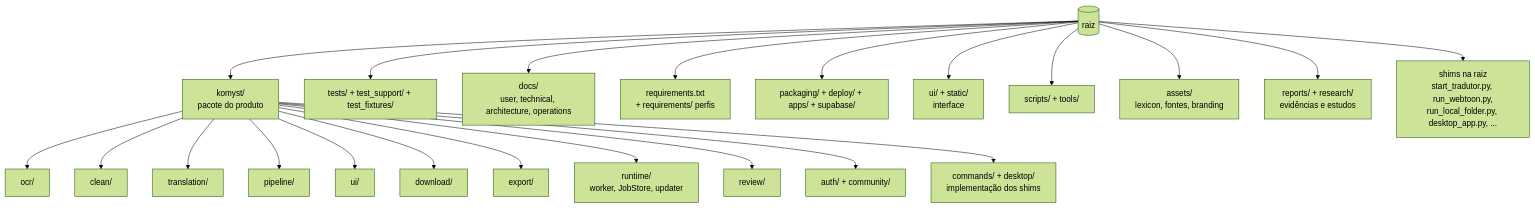
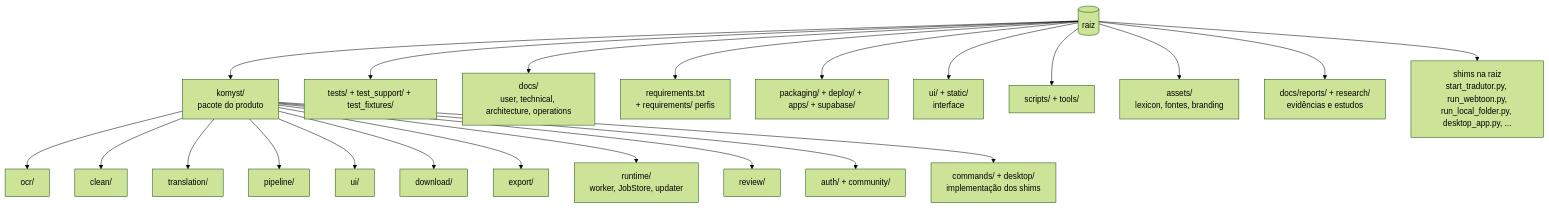
Before and after one commit to HenriquePvAr/Yomu-Sekai: the diagram in docs/architecture/REPOSITORY_STRUCTURE.md, drawn with Mermaid (forest theme). The commit also changed other lines of this file and 25 other files, not shown here.

````diff
--- a/docs/architecture/REPOSITORY_STRUCTURE.md
+++ b/docs/architecture/REPOSITORY_STRUCTURE.md
@@ -13,15 +13,15 @@
 ```mermaid
 flowchart TD
     R[(raiz)] --> Y[komyst/<br/>pacote do produto]
     R --> T[tests/ + test_support/ + test_fixtures/]
     R --> D[docs/<br/>user, technical, architecture, operations]
     R --> Q[requirements.txt<br/>+ requirements/ perfis]
     R --> P[packaging/ + deploy/ + apps/ + supabase/]
     R --> U[ui/ + static/<br/>interface]
     R --> S[scripts/ + tools/]
     R --> A[assets/<br/>lexicon, fontes, branding]
-    R --> E[reports/ + research/<br/>evidências e estudos]
+    R --> E[docs/reports/ + research/<br/>evidências e estudos]
     R --> L[shims na raiz<br/>start_tradutor.py, run_webtoon.py,<br/>run_local_folder.py, desktop_app.py, ...]
     Y --> Y1["ocr/"] & Y2["clean/"] & Y3["translation/"] & Y4["pipeline/"] & Y5["ui/"] & Y6["download/"] & Y7["export/"]
     Y --> Y8["runtime/<br/>worker, JobStore, updater"] & Y9["review/"] & Y10["auth/ + community/"] & Y11["commands/ + desktop/<br/>implementação dos shims"]
 ```
````
